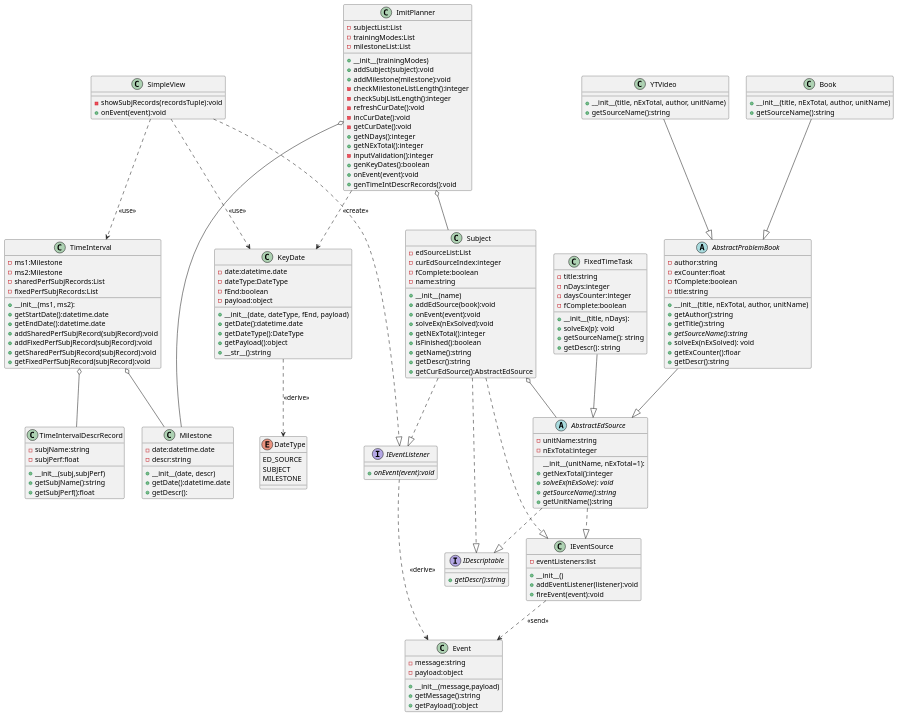
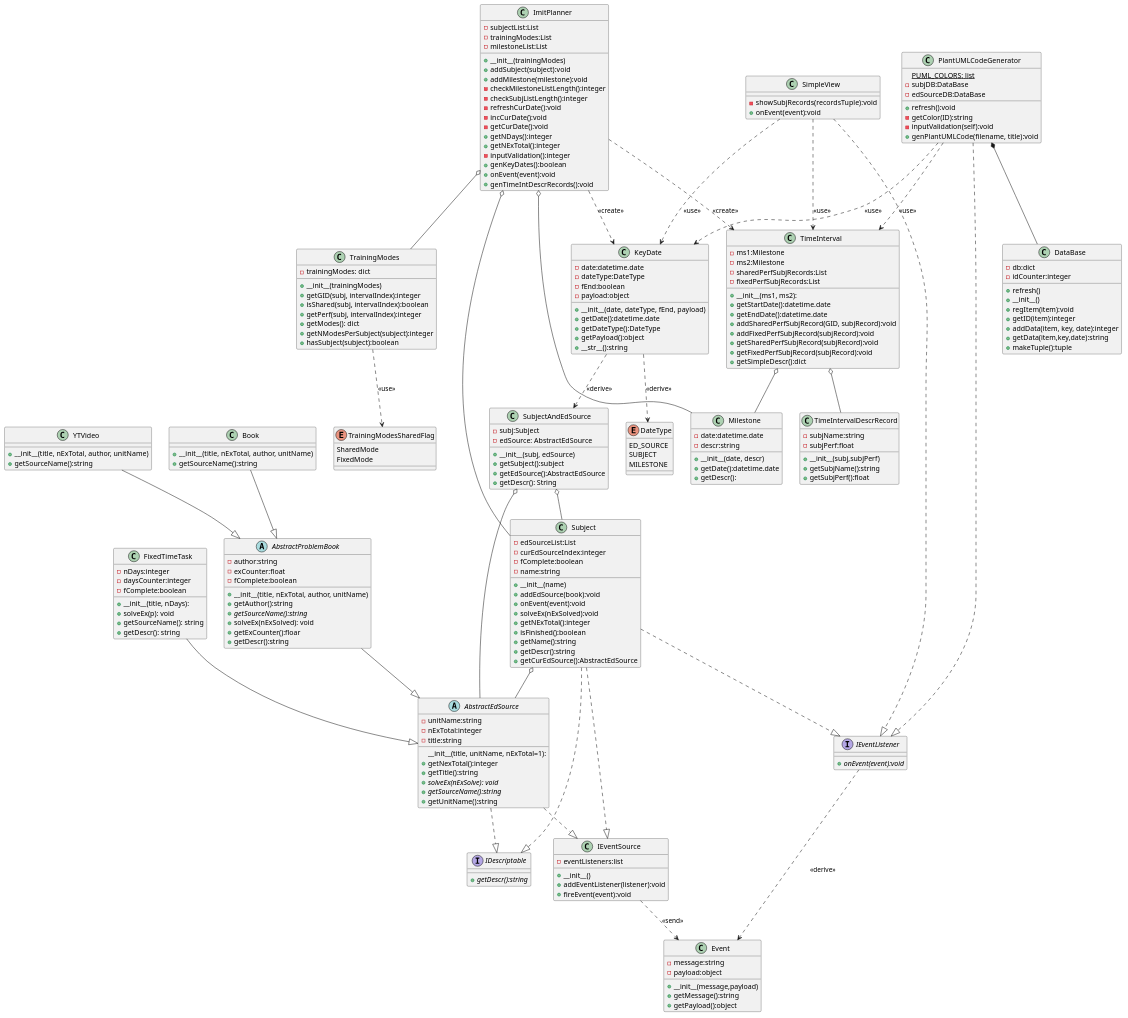
Before and after one commit to CodeDesign2763/ImitPlanner: the diagram in Descr/classdiag.plantuml, drawn with PlantUML. The commit also changed 10 other files, not shown here.

```diff
--- a/Descr/classdiag.plantuml
+++ b/Descr/classdiag.plantuml
@@ -25,8 +25,10 @@
 abstract class AbstractEdSource {
 	-unitName:string
 	-nExTotal:integer
-	__init__(unitName, nExTotal=1):
+	-title:string
+	__init__(title, unitName, nExTotal=1):
 	+getNexTotal():integer
+	+getTitle():string
 	{abstract} +solveEx(nExSolve): void
 	{abstract} +getSourceName():string
 	+getUnitName():string
@@ -36,10 +38,8 @@
 	-author:string
 	-exCounter:float
 	-fComplete:boolean
-	-title:string
 	+__init__(title, nExTotal, author, unitName)
 	+getAuthor():string
-	+getTitle():string
 	{abstract} +getSourceName():string
 	+solveEx(nExSolved): void
 	+getExCounter():floar
@@ -58,7 +58,6 @@
 }
 
 class FixedTimeTask {
-	-title:string
 	-nDays:integer
 	-daysCounter:integer
 	-fComplete:boolean
@@ -127,10 +126,11 @@
 	+__init__(ms1, ms2):
 	+getStartDate():datetime.date
 	+getEndDate():datetime.date
-	+addSharedPerfSubjRecord(subjRecord):void
+	+addSharedPerfSubjRecord(GID, subjRecord):void
 	+addFixedPerfSubjRecord(subjRecord):void
 	+getSharedPerfSubjRecord(subjRecord):void
 	+getFixedPerfSubjRecord(subjRecord):void
+	+getSimpleDescr():dict
 }
 
 
@@ -159,6 +159,55 @@
 	+onEvent(event):void
 }
 
+class DataBase {
+	-db:dict
+	-idCounter:integer
+	+refresh()
+	+__init__()
+	+regItem(item):void
+	+getID(item):integer
+	+addData(item, key, date):integer
+	+getData(item,key,date):string
+	+makeTuple():tuple
+}
+
+class PlantUMLCodeGenerator {
+	{static} PUML_COLORS: list
+	-subjDB:DataBase
+	-edSourceDB:DataBase
+	+refresh():void
+	-getColor(ID):string
+	-inputValidation(self):void
+	+genPlantUMLCode(filename, title):void
+}
+
+
+
+class SubjectAndEdSource {
+	-subj:Subject
+	-edSource: AbstractEdSource
+	+__init__(subj, edSource)
+	+getSubject():subject
+	+getEdSource():AbstractEdSource
+	+getDescr(): String
+}
+
+class TrainingModes {
+	-trainingModes: dict
+	+__init__(trainingModes)
+	+getGID(subj, intervalIndex):integer
+	+isShared(subj, intervalIndex):boolean
+	+getPerf(subj, intervalIndex):integer
+	+getModes(): dict
+	+getNModesPerSubject(subject):integer
+	+hasSubject(subject):boolean
+}
+
+enum TrainingModesSharedFlag {
+	SharedMode
+	FixedMode
+}
+
 IEventSource ..> Event : <<send>>
 
 IEventListener ..> Event : <<derive>>
@@ -184,6 +233,7 @@
 TimeInterval o-- TimeIntervalDescrRecord
 
 ImitPlanner ..> KeyDate : <<create>>
+ImitPlanner ..> TimeInterval : <<create>>
 
 KeyDate ..> DateType : <<derive>>
 
@@ -193,5 +243,22 @@
 
 SimpleView ..> KeyDate : <<use>>
 
+PlantUMLCodeGenerator ..|> IEventListener
+PlantUMLCodeGenerator *-- DataBase
+
+ImitPlanner o-- TrainingModes
+TrainingModes ..> TrainingModesSharedFlag: <<use>>
+
+SubjectAndEdSource o-- Subject
+SubjectAndEdSource o-- AbstractEdSource
+KeyDate ..> SubjectAndEdSource: <<derive>>
+
+PlantUMLCodeGenerator ..> TimeInterval: <<use>>
+PlantUMLCodeGenerator ..> KeyDate: <<use>>
+
+
+
+
+
 
 @enduml
```
